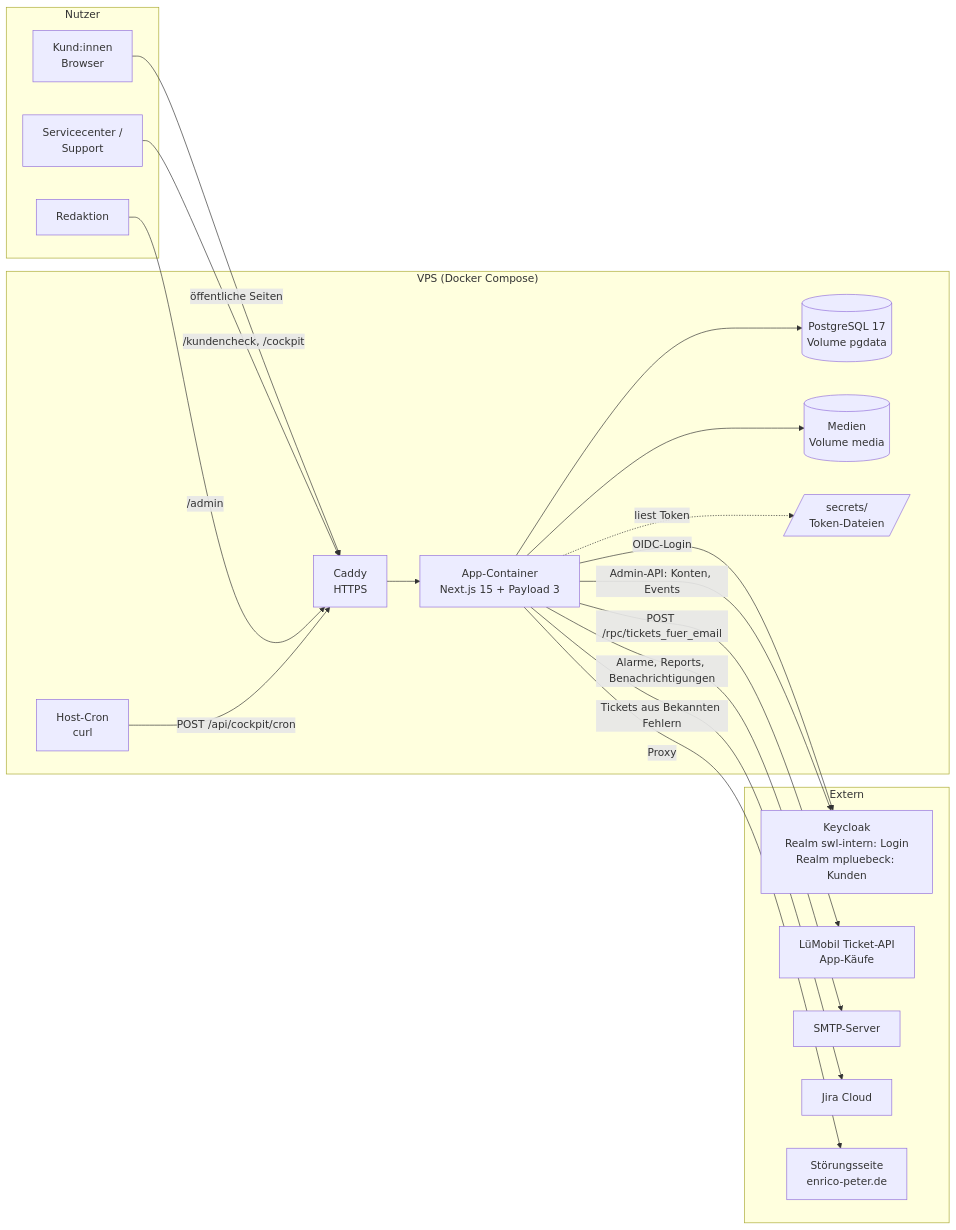
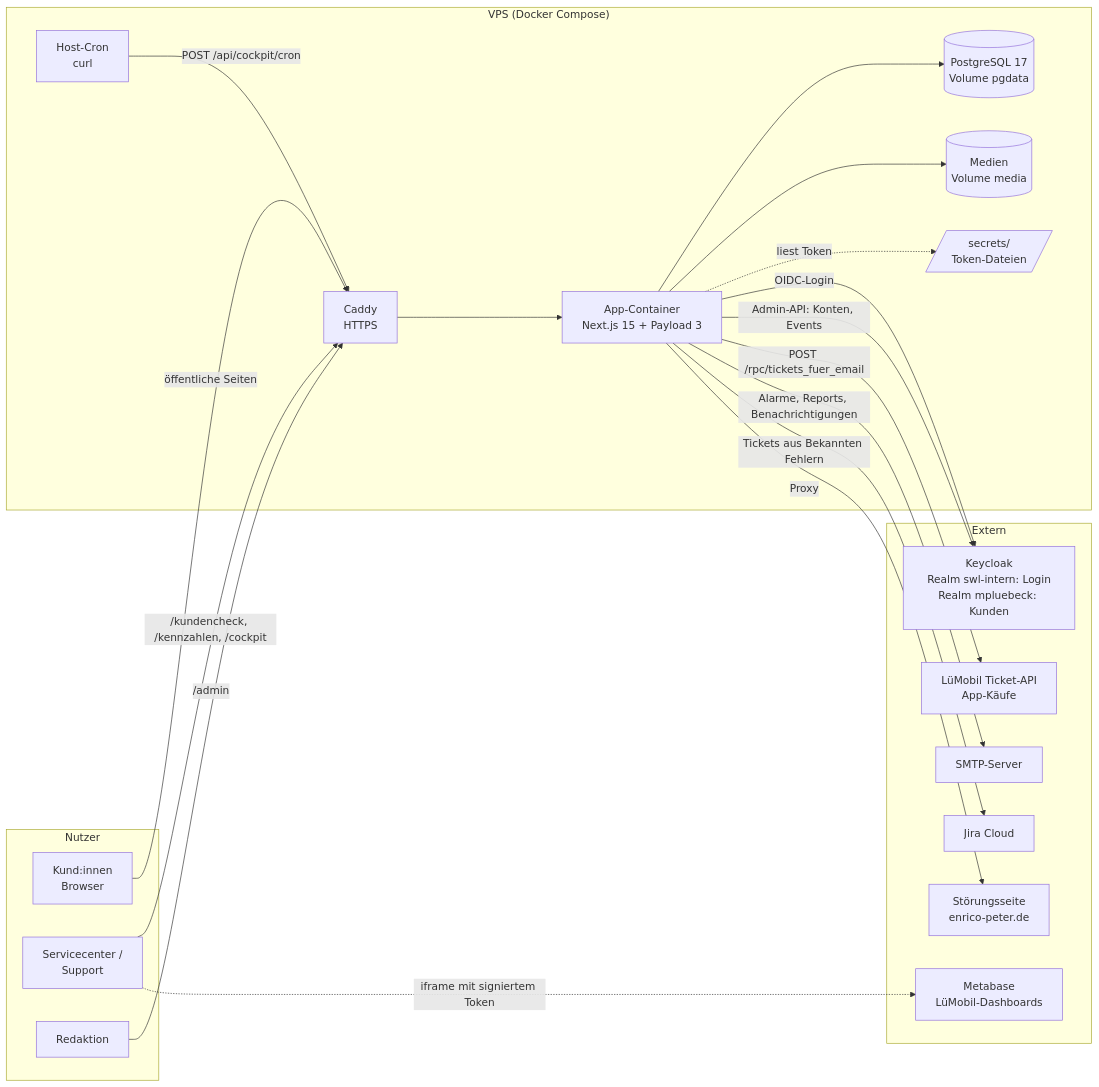
The first of 2 diagrams in docs/ARCHITEKTUR.md (lumimorixai/luemobil-hilfecenter), drawn with Mermaid before and after one commit. The commit also changed other lines of this file and 17 other files, not shown here.

First line of the commit message:
feat(kennzahlen): LüMobil-Dashboards aus Metabase einbetten

````diff
--- a/docs/ARCHITEKTUR.md
+++ b/docs/ARCHITEKTUR.md
@@ -8,41 +8,43 @@
 ```mermaid
 flowchart LR
   subgraph Nutzer
     K[Kund:innen<br/>Browser]
     S[Servicecenter /<br/>Support]
     R[Redaktion]
   end
 
   subgraph VPS["VPS (Docker Compose)"]
     C[Caddy<br/>HTTPS]
     A["App-Container<br/>Next.js 15 + Payload 3"]
     P[(PostgreSQL 17<br/>Volume pgdata)]
     M[(Medien<br/>Volume media)]
     SEC[/secrets/<br/>Token-Dateien/]
     CR[Host-Cron<br/>curl]
   end
 
   subgraph Extern
     KC[Keycloak<br/>Realm swl-intern: Login<br/>Realm mpluebeck: Kunden]
     TA[LüMobil Ticket-API<br/>App-Käufe]
     SMTP[SMTP-Server]
     J[Jira Cloud]
     ST[Störungsseite<br/>enrico-peter.de]
+    MB[Metabase<br/>LüMobil-Dashboards]
   end
 
   K -->|öffentliche Seiten| C
-  S -->|/kundencheck, /cockpit| C
+  S -->|/kundencheck, /kennzahlen, /cockpit| C
   R -->|/admin| C
   C --> A
   A --> P
   A --> M
   A -. liest Token .-> SEC
   CR -->|POST /api/cockpit/cron| C
 
   A -->|OIDC-Login| KC
   A -->|Admin-API: Konten, Events| KC
   A -->|POST /rpc/tickets_fuer_email| TA
   A -->|Alarme, Reports, Benachrichtigungen| SMTP
   A -->|Tickets aus Bekannten Fehlern| J
   A -->|Proxy| ST
+  S -. iframe mit signiertem Token .-> MB
 ```
````
